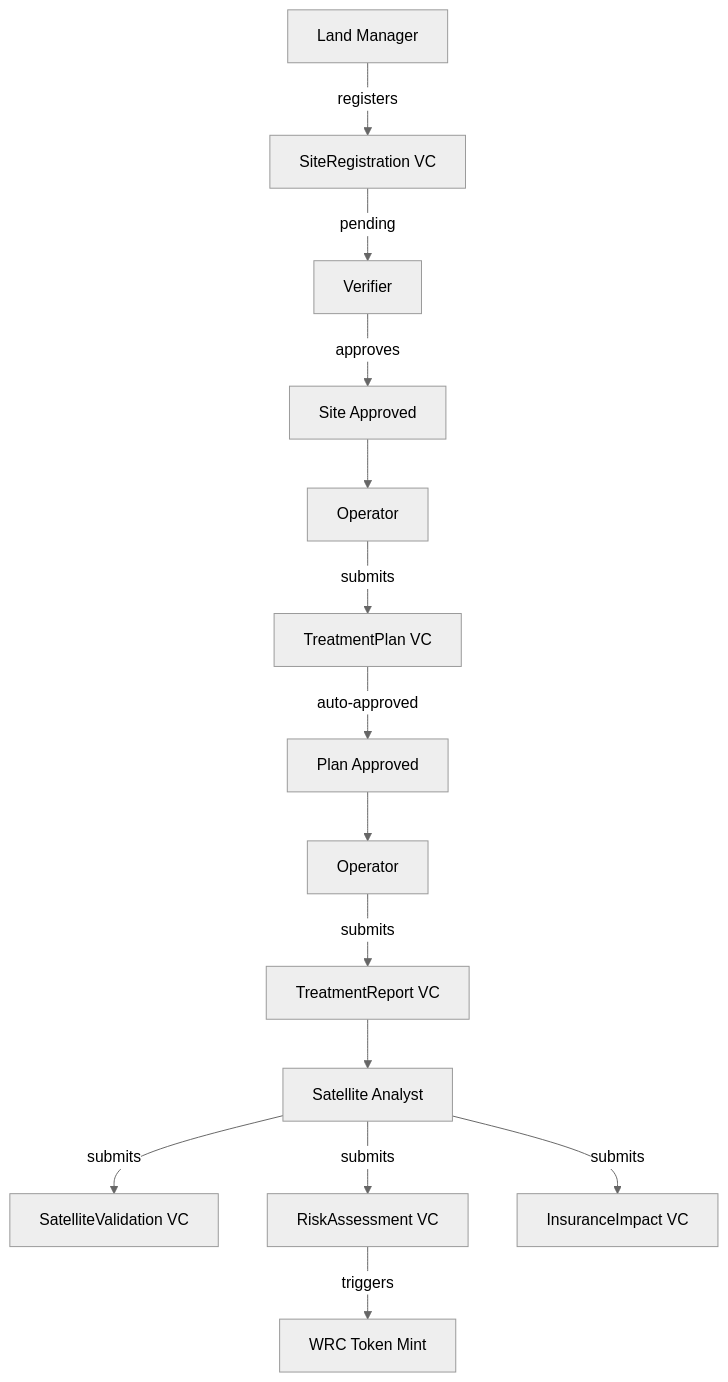
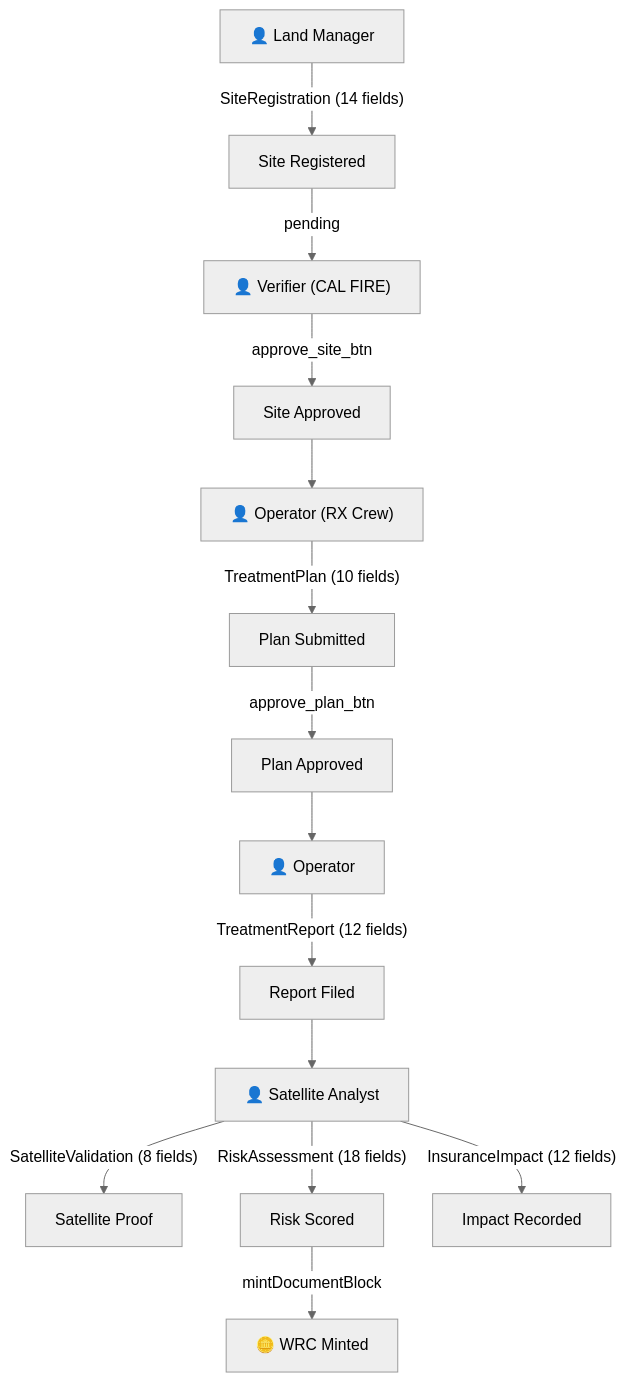
Before and after one commit to akash-mondal/hestia: the second of 2 diagrams in README.md, drawn with Mermaid (neutral theme). The commit also changed other lines of this file, not shown here.

````diff
--- a/README.md
+++ b/README.md
@@ -80,16 +144,19 @@
 ```mermaid
 graph TD
-    LM[Land Manager] -->|registers| SR[SiteRegistration VC]
-    SR -->|pending| VER[Verifier]
-    VER -->|approves| SR_OK[Site Approved]
-    SR_OK --> OP[Operator]
-    OP -->|submits| TP[TreatmentPlan VC]
-    TP -->|auto-approved| TP_OK[Plan Approved]
-    TP_OK --> OP2[Operator]
-    OP2 -->|submits| TR[TreatmentReport VC]
-    TR --> SAT[Satellite Analyst]
-    SAT -->|submits| SV[SatelliteValidation VC]
-    SAT -->|submits| RA[RiskAssessment VC]
-    RA -->|triggers| MINT[WRC Token Mint]
-    SAT -->|submits| II[InsuranceImpact VC]
+    LM["👤 Land Manager"] -->|"SiteRegistration (14 fields)"| REG[Site Registered]
+    REG -->|pending| VER["👤 Verifier (CAL FIRE)"]
+    VER -->|"approve_site_btn"| APPROVED[Site Approved]
+
+    APPROVED --> OP["👤 Operator (RX Crew)"]
+    OP -->|"TreatmentPlan (10 fields)"| PLAN[Plan Submitted]
+    PLAN -->|"approve_plan_btn"| PLAN_OK[Plan Approved]
+
+    PLAN_OK --> OP2["👤 Operator"]
+    OP2 -->|"TreatmentReport (12 fields)"| REPORT[Report Filed]
+
+    REPORT --> SAT["👤 Satellite Analyst"]
+    SAT -->|"SatelliteValidation (8 fields)"| VALID[Satellite Proof]
+    SAT -->|"RiskAssessment (18 fields)"| RISK[Risk Scored]
+    RISK -->|"mintDocumentBlock"| MINT["🪙 WRC Minted"]
+    SAT -->|"InsuranceImpact (12 fields)"| INS[Impact Recorded]
 ```
````
